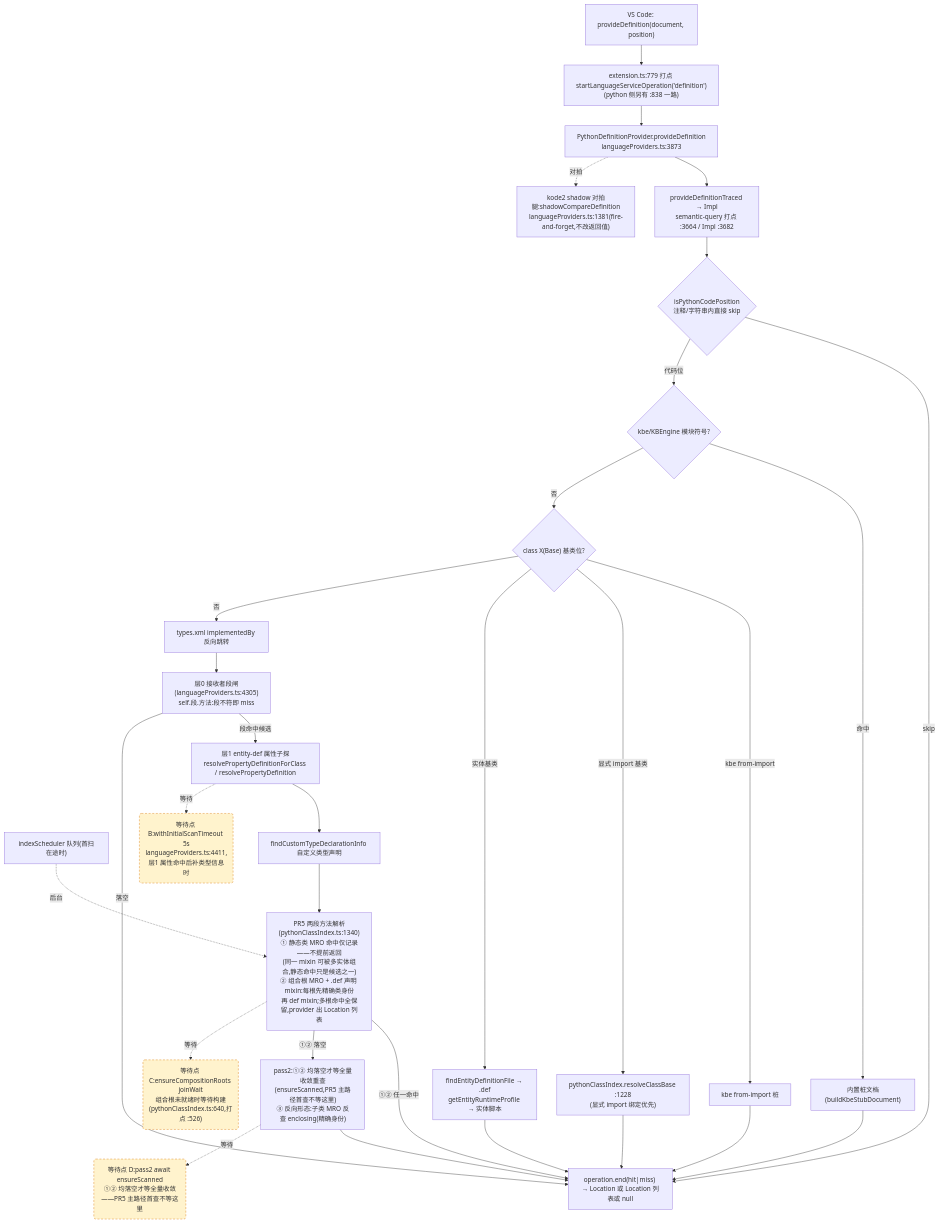
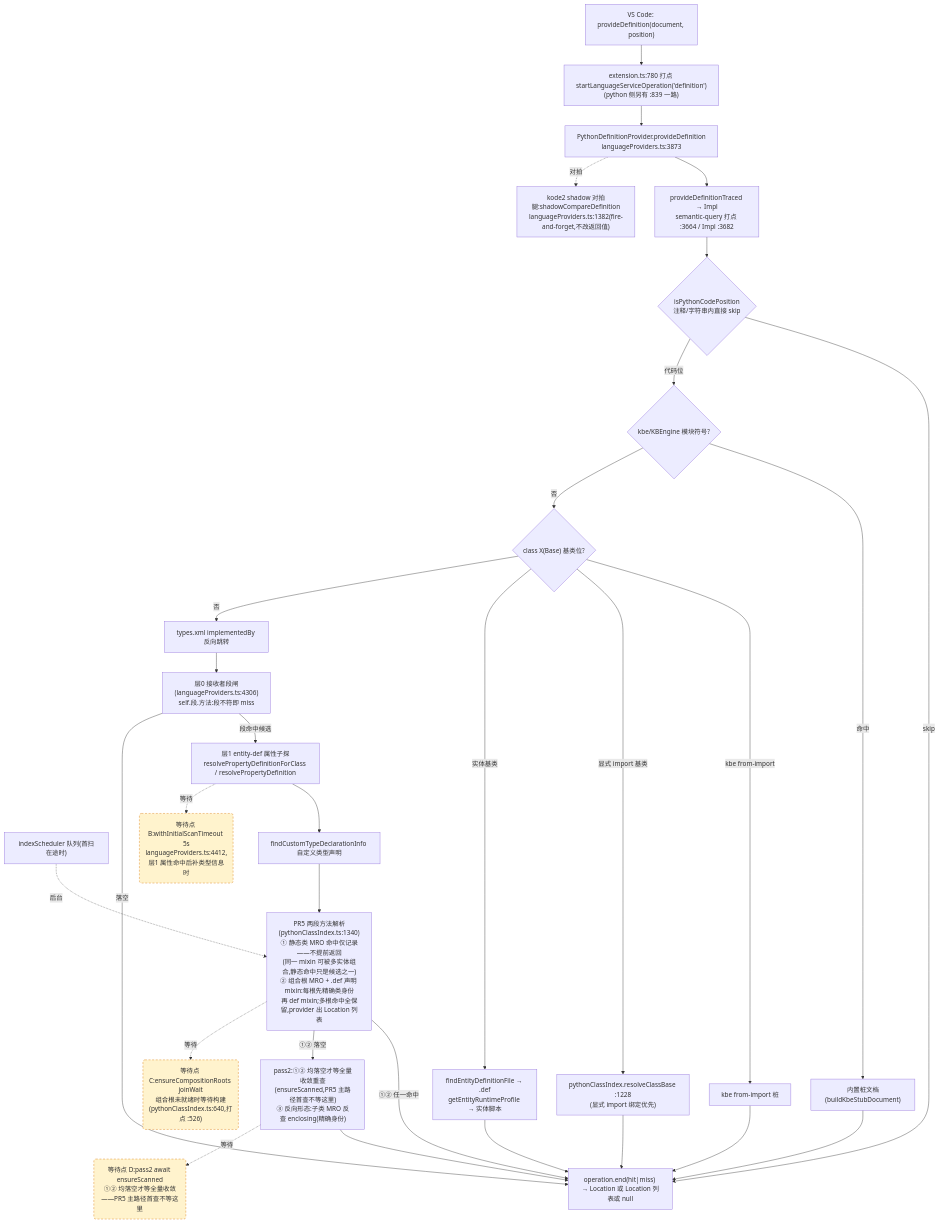
One commit to cuihairu/kode changed the second of 4 diagrams in docs/perf/2026-baseline.md. Above: the diagram before and after it, drawn with Mermaid. The commit also changed other lines of this file and 23 other files, not shown here.

````diff
--- a/docs/perf/2026-baseline.md
+++ b/docs/perf/2026-baseline.md
@@ -130,51 +130,51 @@
 ```mermaid
 flowchart TD
   VC2["VS Code: provideDefinition(document, position)"]
-  M2["extension.ts:779 打点 startLanguageServiceOperation('definition')<br/>(python 侧另有 :838 一路)"]
+  M2["extension.ts:780 打点 startLanguageServiceOperation('definition')<br/>(python 侧另有 :839 一路)"]
   AD2["PythonDefinitionProvider.provideDefinition<br/>languageProviders.ts:3873"]
   TR["provideDefinitionTraced → Impl<br/>semantic-query 打点 :3664 / Impl :3682"]
   CTX{"isPythonCodePosition<br/>注释/字符串内直接 skip"}
   KBE{"kbe/KBEngine 模块符号?"}
   STUB["内置桩文档(buildKbeStubDocument)"]
   CB{"class X(Base) 基类位?"}
   CB1["kbe from-import 桩"]
   CB2["pythonClassIndex.resolveClassBase :1228<br/>(显式 import 绑定优先)"]
   CB3["findEntityDefinitionFile → .def<br/>getEntityRuntimeProfile → 实体脚本"]
   REV["types.xml implementedBy 反向跳转"]
-  L0["层0 接收者段闸(languageProviders.ts:4305)<br/>self.段.方法:段不符即 miss"]
+  L0["层0 接收者段闸(languageProviders.ts:4306)<br/>self.段.方法:段不符即 miss"]
   L1["层1 entity-def 属性子探<br/>resolvePropertyDefinitionForClass / resolvePropertyDefinition"]
   SCAN["indexScheduler 队列(首扫在途时)"]
   TY["findCustomTypeDeclarationInfo 自定义类型声明"]
   MRO["PR5 两段方法解析(pythonClassIndex.ts:1340)<br/>① 静态类 MRO 命中仅记录——不提前返回<br/>(同一 mixin 可被多实体组合,静态命中只是候选之一)<br/>② 组合根 MRO + .def 声明 mixin:每根先精确类身份<br/>再 def mixin;多根命中全保留,provider 出 Location 列表"]
   PASS2["pass2:①② 均落空才等全量收敛重查<br/>(ensureScanned,PR5 主路径首查不等这里)<br/>③ 反向形态:子类 MRO 反查 enclosing(精确身份)"]
-  SHD["kode2 shadow 对拍腿:shadowCompareDefinition<br/>languageProviders.ts:1381(fire-and-forget,不改返回值)"]
+  SHD["kode2 shadow 对拍腿:shadowCompareDefinition<br/>languageProviders.ts:1382(fire-and-forget,不改返回值)"]
   END2["operation.end(hit|miss) → Location 或 Location 列表或 null"]
 
   VC2 --> M2 --> AD2 --> TR --> CTX
   CTX -- "skip" --> END2
   CTX -- "代码位" --> KBE
   KBE -- "命中" --> STUB --> END2
   KBE -- "否" --> CB
   CB -- "kbe from-import" --> CB1 --> END2
   CB -- "显式 import 基类" --> CB2 --> END2
   CB -- "实体基类" --> CB3 --> END2
   CB -- "否" --> REV --> L0
   L0 -- "段命中候选" --> L1
   L0 -- "落空" --> END2
   L1 --> TY
   TY --> MRO
   MRO -- "①② 任一命中" --> END2
   MRO -- "①② 落空" --> PASS2 --> END2
   AD2 -.->|对拍| SHD
 
-  WAITB("等待点 B:withInitialScanTimeout 5s<br/>languageProviders.ts:4411,层1 属性命中后补类型信息时")
+  WAITB("等待点 B:withInitialScanTimeout 5s<br/>languageProviders.ts:4412,层1 属性命中后补类型信息时")
   WAITC("等待点 C:ensureCompositionRoots joinWait<br/>组合根未就绪时等待构建(pythonClassIndex.ts:640,打点 :526)")
   WAITD("等待点 D:pass2 await ensureScanned<br/>①② 均落空才等全量收敛——PR5 主路径首查不等这里")
   L1 -.->|等待| WAITB
   MRO -.->|等待| WAITC
   PASS2 -.->|等待| WAITD
   SCAN -.->|后台| MRO
 
   classDef waitPoint fill:#fff3cd,stroke:#d97706,stroke-dasharray:5 4;
   class WAITB,WAITC,WAITD waitPoint;
 ```
````
